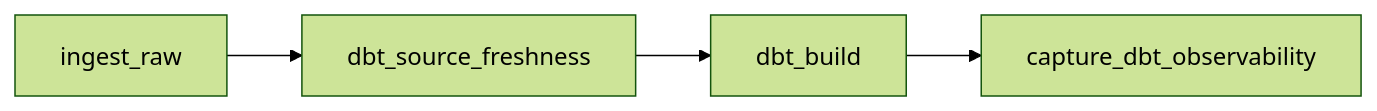
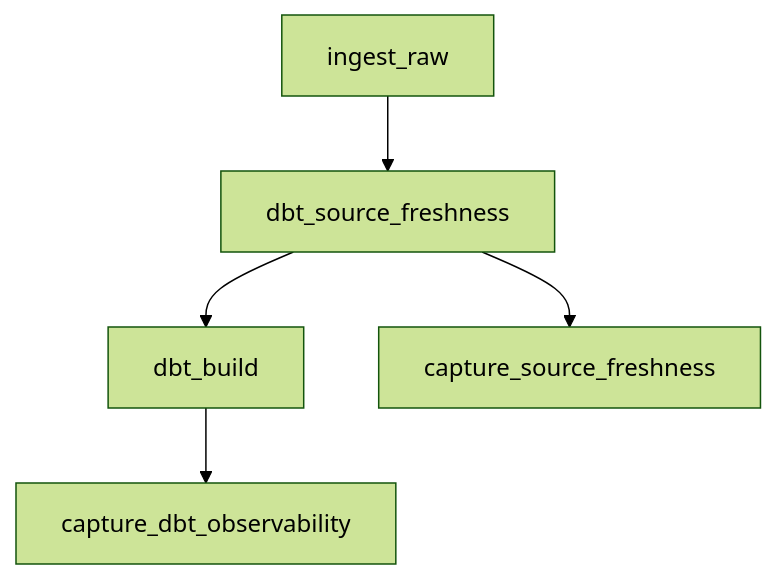
Before and after one commit to comerlatto/modern-data-platform: the second of 4 diagrams in README.md, drawn with Mermaid (forest theme). The commit also changed other lines of this file and 4 other files, not shown here.

````diff
--- a/README.md
+++ b/README.md
@@ -76,6 +76,7 @@
 ```mermaid
-flowchart LR
+flowchart TD
     A[ingest_raw] --> B[dbt_source_freshness]
     B --> C[dbt_build]
-    C --> D[capture_dbt_observability]
+    B --> D[capture_source_freshness]
+    C --> E[capture_dbt_observability]
 ```
````
